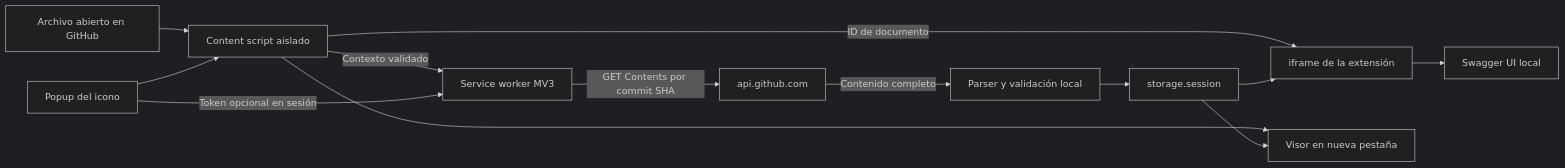
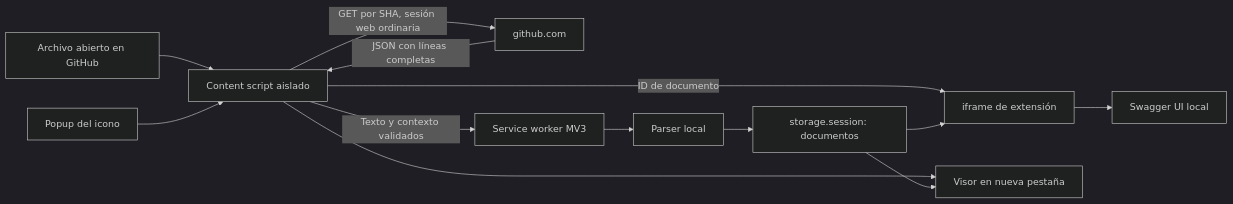
The diagram in docs/ARCHITECTURE.md (DiegoAlosilla/repocontract), drawn with Mermaid (dark theme) before and after one commit. The commit also changed other lines of this file and 18 other files, not shown here.

````diff
--- a/docs/ARCHITECTURE.md
+++ b/docs/ARCHITECTURE.md
@@ -3,15 +3,15 @@
 ```mermaid
 flowchart LR
   G[Archivo abierto en GitHub] --> C[Content script aislado]
-  C -->|Contexto validado| W[Service worker MV3]
-  W -->|GET Contents por commit SHA| A[api.github.com]
-  A -->|Contenido completo| P[Parser y validación local]
-  P --> S[storage.session]
-  C -->|ID de documento| V[iframe de la extensión]
+  C -->|GET por SHA, sesión web ordinaria| H[github.com]
+  H -->|JSON con líneas completas| C
+  C -->|Texto y contexto validados| W[Service worker MV3]
+  W --> P[Parser local]
+  P --> S[storage.session: documentos]
+  C -->|ID de documento| V[iframe de extensión]
   S --> V
   V --> U[Swagger UI local]
   I[Popup del icono] --> C
-  I -->|Token opcional en sesión| W
   C --> T[Visor en nueva pestaña]
   S --> T
 ```
````
